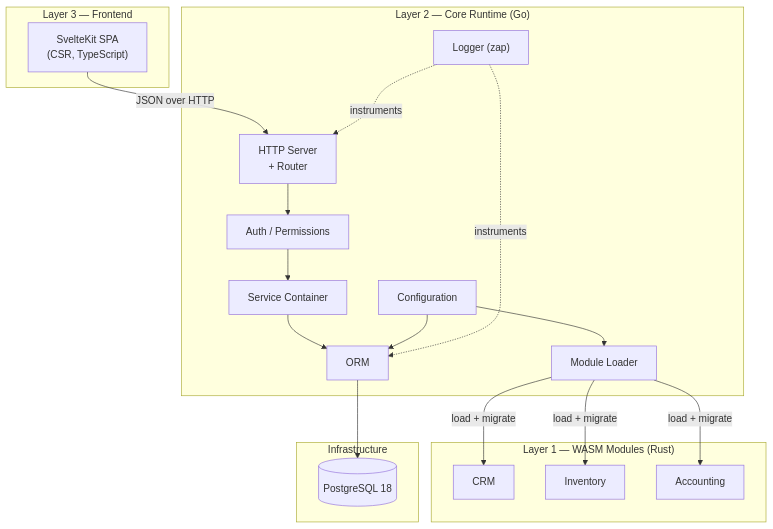
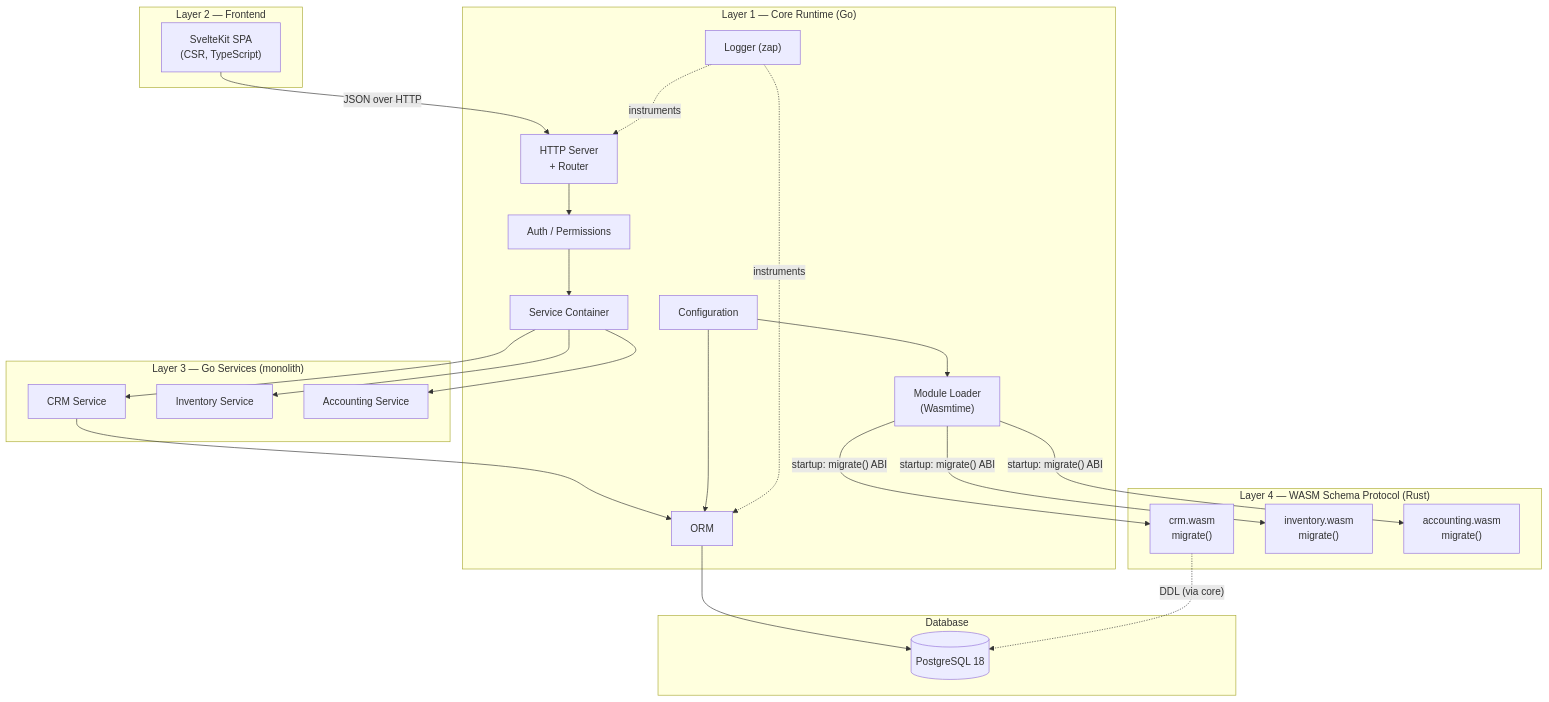
Before and after one commit to noiia/EERP-Documentation-Wiki: the first of 6 diagrams in docs/architecture/index.md, drawn with Mermaid. The commit also changed other lines of this file and 38 other files, not shown here.

````diff
--- a/docs/architecture/index.md
+++ b/docs/architecture/index.md
@@ -9,39 +24,49 @@
 ```mermaid
 graph TB
-    subgraph "Layer 3 — Frontend"
+    subgraph "Layer 2 — Frontend"
         FE["SvelteKit SPA<br/>(CSR, TypeScript)"]
     end
 
-    subgraph "Layer 2 — Core Runtime (Go)"
+    subgraph "Layer 1 — Core Runtime (Go)"
         HTTP["HTTP Server<br/>+ Router"]
         AUTH["Auth / Permissions"]
         DI["Service Container"]
         ORM["ORM"]
-        ML["Module Loader"]
+        ML["Module Loader<br/>(Wasmtime)"]
         CONFIG["Configuration"]
         LOG["Logger (zap)"]
     end
 
-    subgraph "Layer 1 — WASM Modules (Rust)"
-        CRM["CRM"]
-        INV["Inventory"]
-        ACC["Accounting"]
+    subgraph "Layer 3 — Go Services (monolith)"
+        CRM_S["CRM Service"]
+        INV_S["Inventory Service"]
+        ACC_S["Accounting Service"]
     end
 
-    subgraph "Infrastructure"
+    subgraph "Layer 4 — WASM Schema Protocol (Rust)"
+        CRM_W["crm.wasm<br/>migrate()"]
+        INV_W["inventory.wasm<br/>migrate()"]
+        ACC_W["accounting.wasm<br/>migrate()"]
+    end
+
+    subgraph "Database"
         PG[("PostgreSQL 18")]
     end
 
     FE -->|JSON over HTTP| HTTP
     HTTP --> AUTH
     AUTH --> DI
-    DI --> ORM
+    DI --> CRM_S
+    DI --> INV_S
+    DI --> ACC_S
+    CRM_S --> ORM
     ORM --> PG
-    ML -->|load + migrate| CRM
-    ML -->|load + migrate| INV
-    ML -->|load + migrate| ACC
+    ML -->|"startup: migrate() ABI"| CRM_W
+    ML -->|"startup: migrate() ABI"| INV_W
+    ML -->|"startup: migrate() ABI"| ACC_W
+    CRM_W -.->|"DDL (via core)"| PG
     CONFIG --> ML
     CONFIG --> ORM
     LOG -.->|instruments| HTTP
     LOG -.->|instruments| ORM
 ```
````
